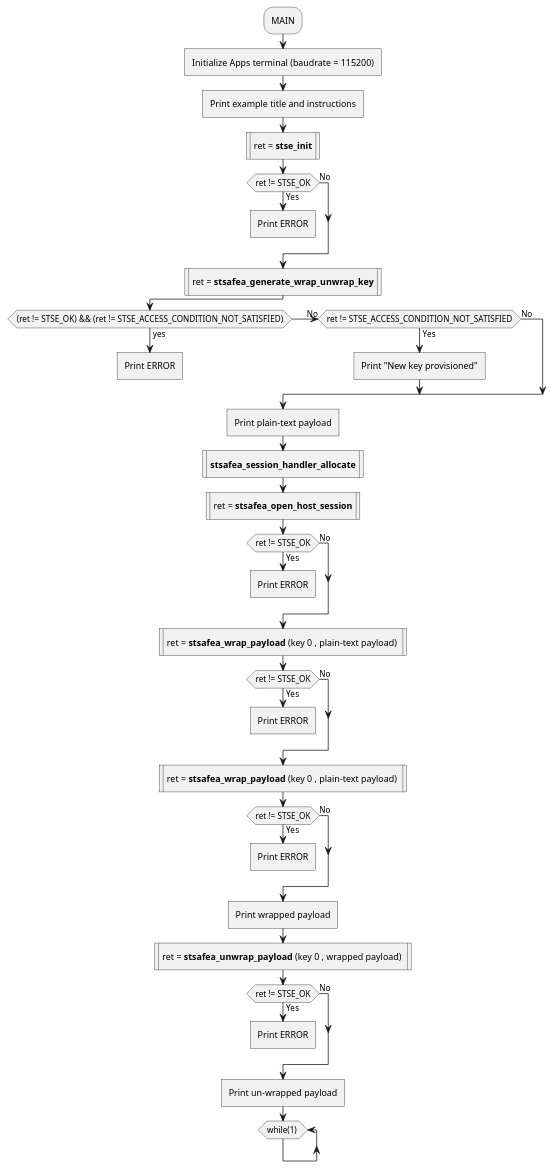
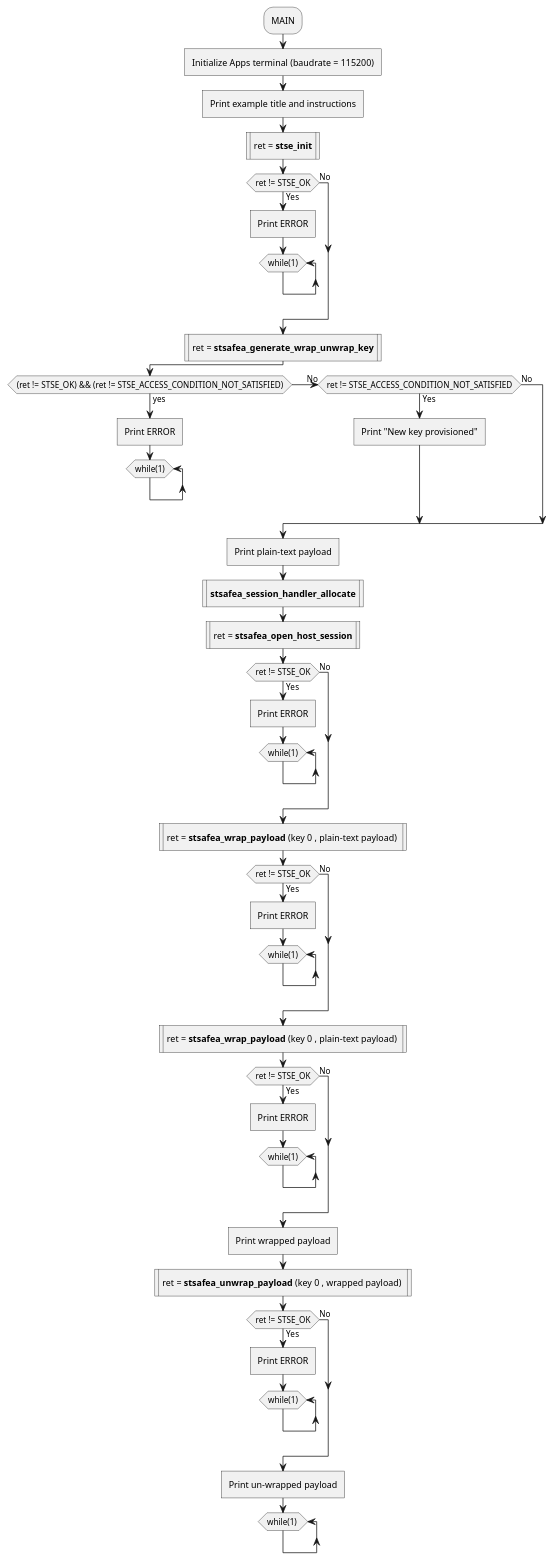
One commit to Grom-perso/STSAFE-A120_examples_dev changed the diagram in Documentation/resources/Markdown/03_Project_examples_description/Wrap_unwrap/STSAFE-A120_wrap_unwrap.md. Above: the diagram before and after it, drawn with PlantUML. The commit also changed other lines of this file and 54 other files, not shown here.

```diff
--- a/Documentation/resources/Markdown/03_Project_examples_description/Wrap_unwrap/STSAFE-A120_wrap_unwrap.md
+++ b/Documentation/resources/Markdown/03_Project_examples_description/Wrap_unwrap/STSAFE-A120_wrap_unwrap.md
@@ -7,4 +7,4 @@
-@startuml{STSAFE-A120_wrap_unwrap.png} "STSAFE-A120_wrap_unwrap Example flowchart" width=5cm
+@startuml "STSAFE-A120_wrap_unwrap Example flowchart" width=5cm
 
 	:MAIN;
 	:Initialize Apps terminal (baudrate = 115200)]
@@ -15,6 +15,8 @@
 	if(ret != STSE_OK) then (No)
 	else (Yes)
 		:Print ERROR]
+		while (while(1))
+		end while
 		-[hidden]->
 		detach
 	endif
@@ -22,6 +24,8 @@
 	:ret = <b>stsafea_generate_wrap_unwrap_key</b>|
 	if((ret != STSE_OK) && (ret != STSE_ACCESS_CONDITION_NOT_SATISFIED)) then (yes)
 		:Print ERROR]
+		while (while(1))
+		end while
 		-[hidden]->
 		detach
 	(No) else if (ret != STSE_ACCESS_CONDITION_NOT_SATISFIED) then (Yes)
@@ -37,6 +41,8 @@
 	if(ret != STSE_OK) then (No)
 	else (Yes)
 		:Print ERROR]
+		while (while(1))
+		end while
 		-[hidden]->
 		detach
 	endif	
@@ -45,6 +51,8 @@
 	if(ret != STSE_OK) then (No)
 	else (Yes)
 		:Print ERROR]
+		while (while(1))
+		end while
 		-[hidden]->
 		detach
 	endif	
@@ -53,6 +61,8 @@
 	if(ret != STSE_OK) then (No)
 	else (Yes)
 		:Print ERROR]
+		while (while(1))
+		end while
 		-[hidden]->
 		detach
 	endif	
@@ -64,6 +74,8 @@
 	if(ret != STSE_OK) then (No)
 	else (Yes)
 		:Print ERROR]
+		while (while(1))
+		end while
 		-[hidden]->
 		detach
 	endif	
```
